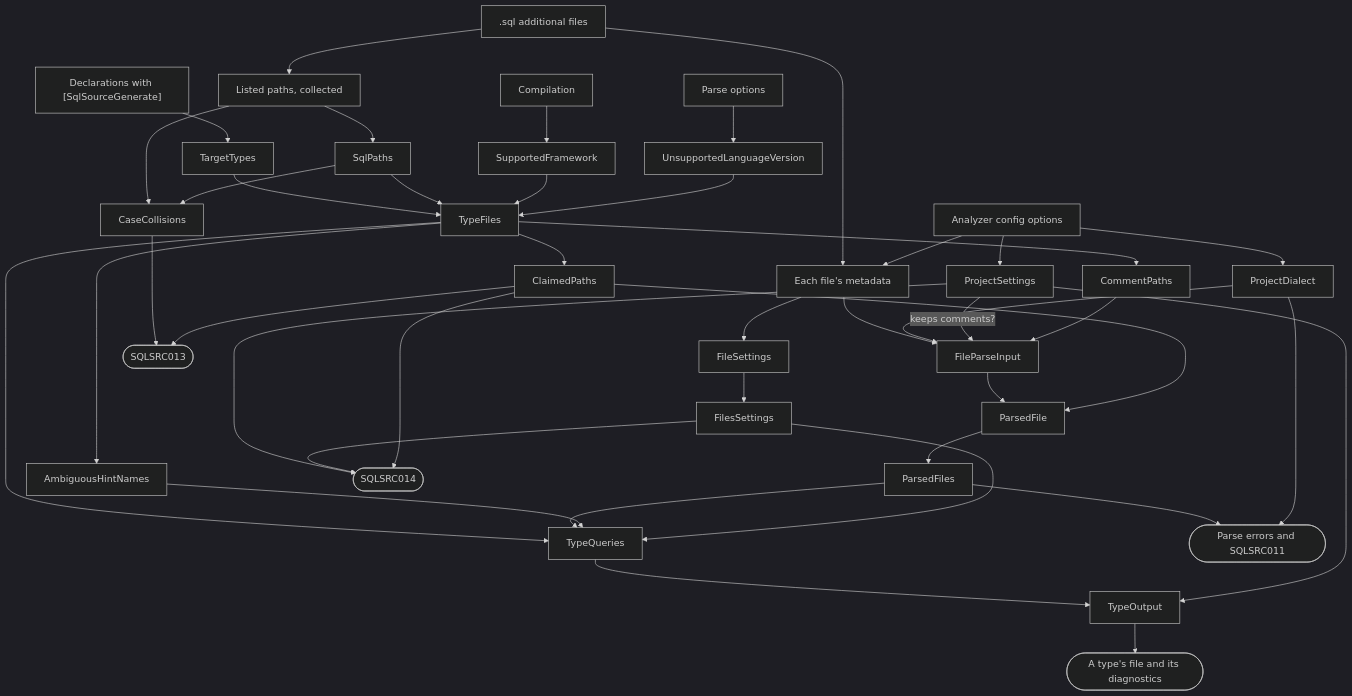
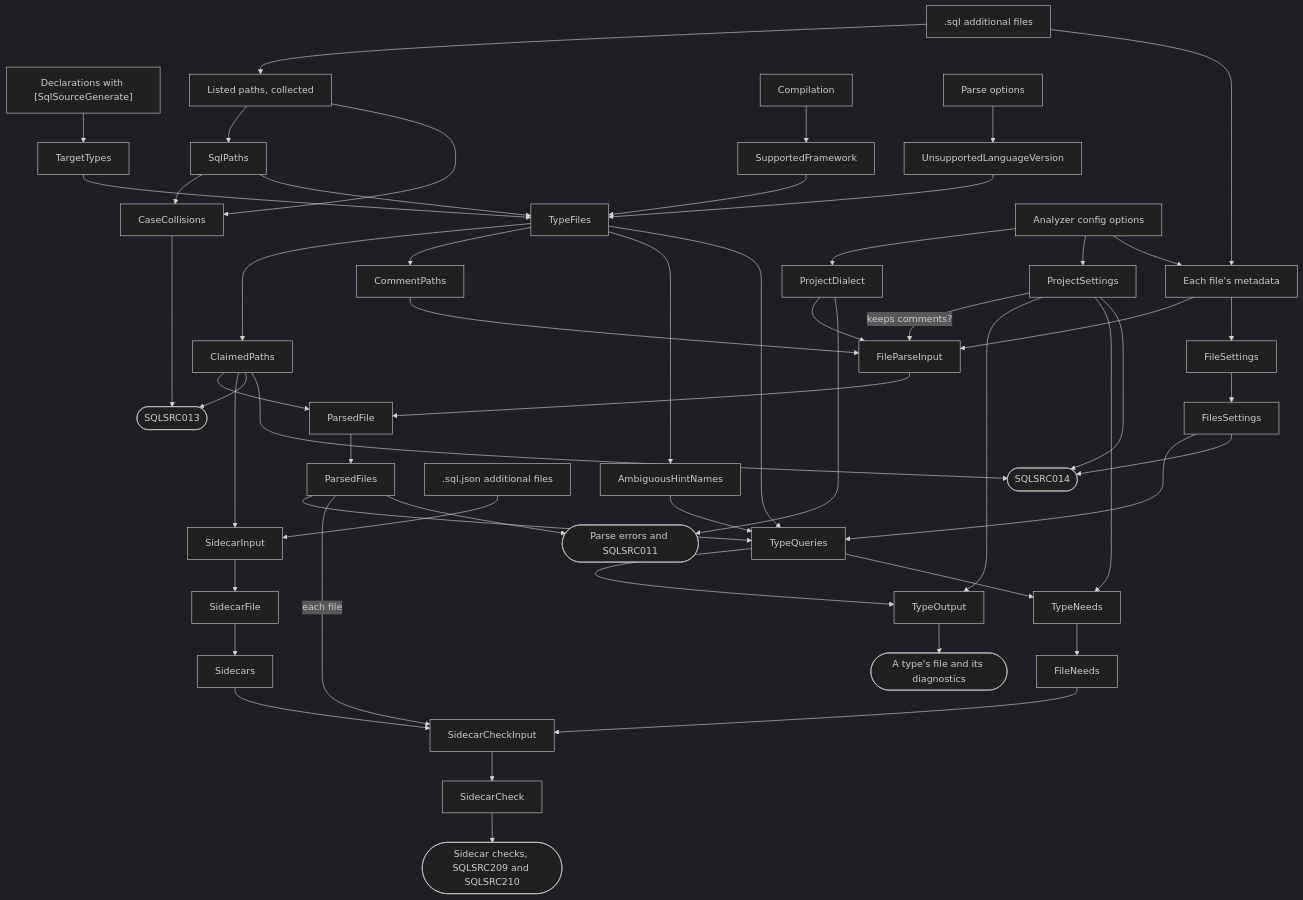
The diagram in docs/architecture/generator.md (mbcrawfo/SqlSource), drawn with Mermaid (dark theme) before and after one commit. The commit also changed other lines of this file and 20 other files, not shown here.

````diff
--- a/docs/architecture/generator.md
+++ b/docs/architecture/generator.md
@@ -13,44 +13,56 @@
 ```mermaid
 flowchart TD
     syntax["Declarations with [SqlSourceGenerate]"] --> TargetTypes
     texts[".sql additional files"] --> listed["Listed paths, collected"]
     listed --> SqlPaths
     listed --> CaseCollisions
     SqlPaths --> CaseCollisions
     compilation["Compilation"] --> SupportedFramework
     parse["Parse options"] --> UnsupportedLanguageVersion
     TargetTypes --> TypeFiles
     SqlPaths --> TypeFiles
     SupportedFramework --> TypeFiles
     UnsupportedLanguageVersion --> TypeFiles
     TypeFiles --> ClaimedPaths
     TypeFiles --> CommentPaths
     TypeFiles --> AmbiguousHintNames
     options["Analyzer config options"] --> ProjectDialect
     options --> ProjectSettings
     texts --> metadata["Each file's metadata"]
     options --> metadata
     metadata --> FileParseInput
     ProjectDialect --> FileParseInput
     ProjectSettings -->|"keeps comments?"| FileParseInput
     CommentPaths --> FileParseInput
     FileParseInput --> ParsedFile
     ClaimedPaths --> ParsedFile
     ParsedFile --> ParsedFiles
     metadata --> FileSettings
     FileSettings --> FilesSettings
     TypeFiles --> TypeQueries
     ParsedFiles --> TypeQueries
     AmbiguousHintNames --> TypeQueries
     FilesSettings --> TypeQueries
     TypeQueries --> TypeOutput
     ProjectSettings --> TypeOutput
+    sidecarTexts[".sql.json additional files"] --> SidecarInput
+    ClaimedPaths --> SidecarInput
+    SidecarInput --> SidecarFile
+    SidecarFile --> Sidecars
+    TypeQueries --> TypeNeeds
+    ProjectSettings --> TypeNeeds
+    TypeNeeds --> FileNeeds
+    ParsedFiles -->|"each file"| SidecarCheckInput
+    FileNeeds --> SidecarCheckInput
+    Sidecars --> SidecarCheckInput
+    SidecarCheckInput --> SidecarCheck
     CaseCollisions --> out13(["SQLSRC013"])
     ClaimedPaths --> out13
     ParsedFiles --> outParse(["Parse errors and SQLSRC011"])
     ProjectDialect --> outParse
     ProjectSettings --> out14(["SQLSRC014"])
     FilesSettings --> out14
     ClaimedPaths --> out14
+    SidecarCheck --> outSidecar(["Sidecar checks, SQLSRC209 and SQLSRC210"])
     TypeOutput --> outType(["A type's file and its diagnostics"])
 ```
````
